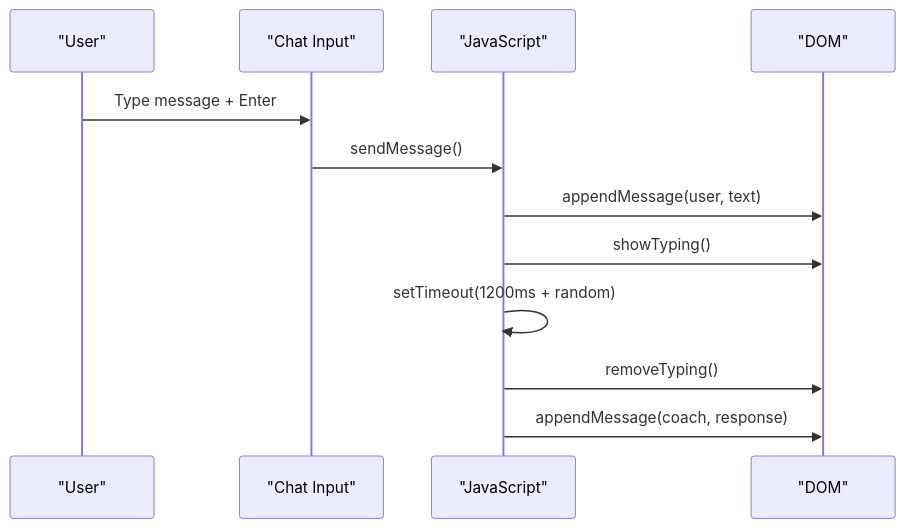
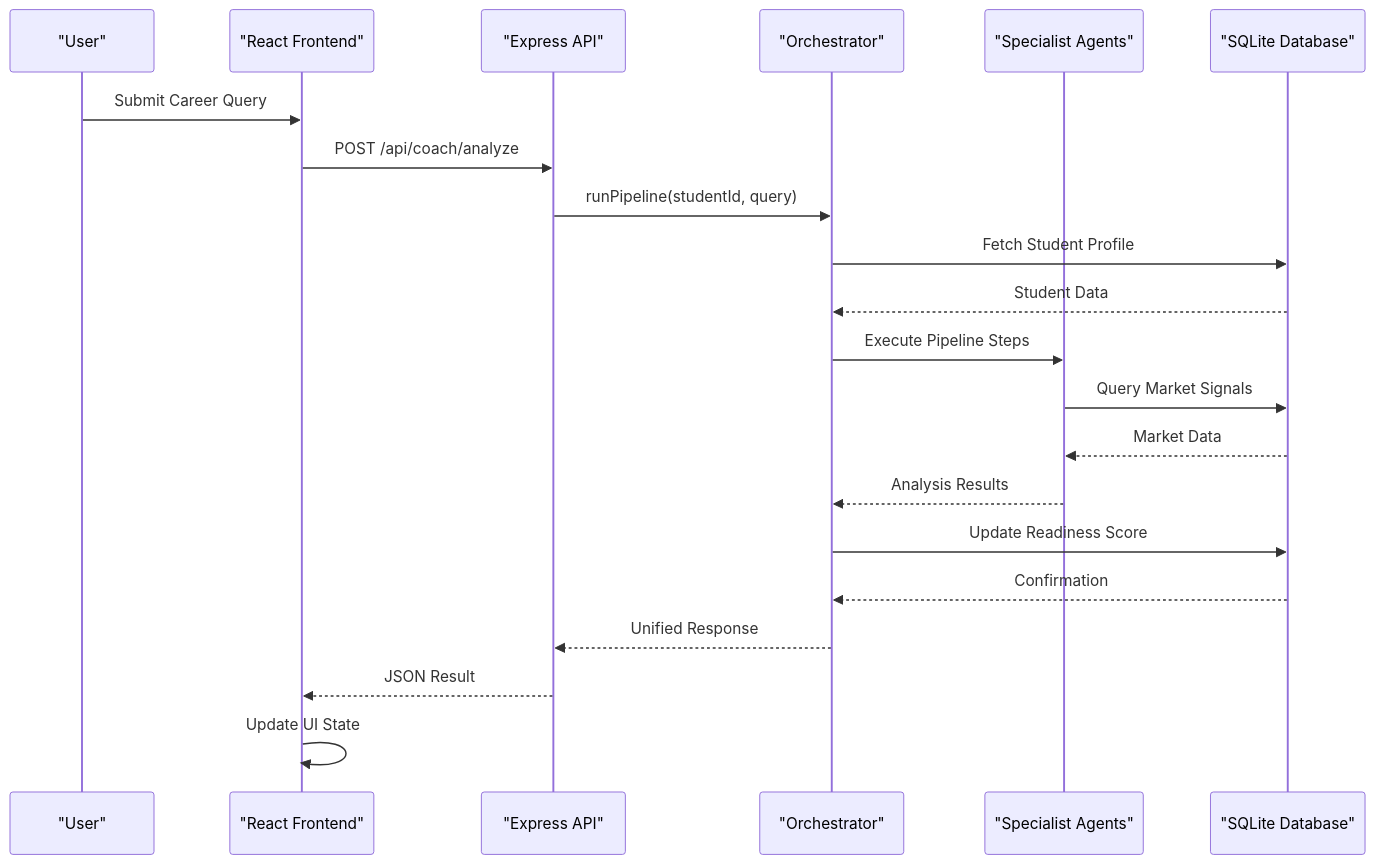
The second of 7 diagrams in .qoder/repowiki/en/content/Technical Implementation.md (Alishba-Moin/CareerCompass), drawn with Mermaid before and after one commit. The commit also changed other lines of this file and 38 other files, not shown here.

Commit message:
Add Roadmap pdf download option

````diff
--- a/.qoder/repowiki/en/content/Technical Implementation.md
+++ b/.qoder/repowiki/en/content/Technical Implementation.md
@@ -139,14 +133,23 @@
 ```mermaid
 sequenceDiagram
 participant U as "User"
-participant UI as "Chat Input"
-participant JS as "JavaScript"
-participant DOM as "DOM"
-U->>UI : Type message + Enter
-UI->>JS : sendMessage()
-JS->>DOM : appendMessage(user, text)
-JS->>DOM : showTyping()
-JS->>JS : setTimeout(1200ms + random)
-JS->>DOM : removeTyping()
-JS->>DOM : appendMessage(coach, response)
+participant FE as "React Frontend"
+participant API as "Express API"
+participant ORCH as "Orchestrator"
+participant AGENTS as "Specialist Agents"
+participant DB as "SQLite Database"
+U->>FE : Submit Career Query
+FE->>API : POST /api/coach/analyze
+API->>ORCH : runPipeline(studentId, query)
+ORCH->>DB : Fetch Student Profile
+DB-->>ORCH : Student Data
+ORCH->>AGENTS : Execute Pipeline Steps
+AGENTS->>DB : Query Market Signals
+DB-->>AGENTS : Market Data
+AGENTS-->>ORCH : Analysis Results
+ORCH->>DB : Update Readiness Score
+DB-->>ORCH : Confirmation
+ORCH-->>API : Unified Response
+API-->>FE : JSON Result
+FE->>FE : Update UI State
 ```
````
